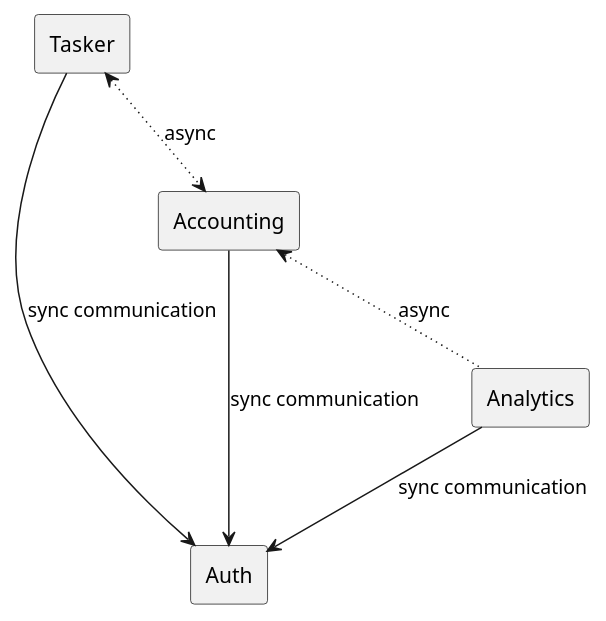
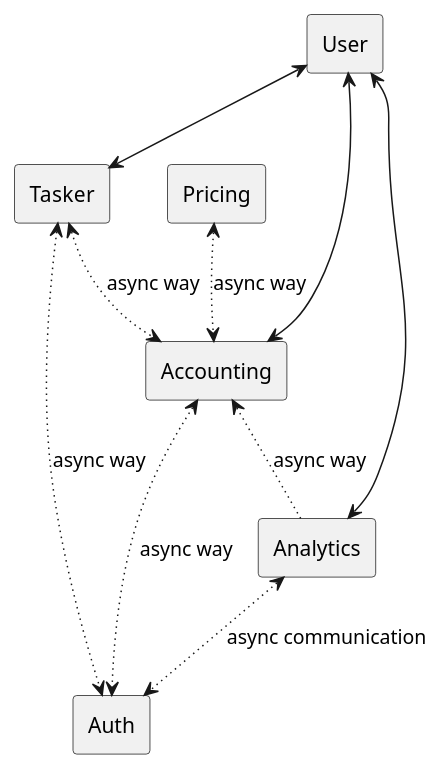
One commit to ximyro/async_architecture_course changed the diagram in docs/services.plantuml. Above: the diagram before and after it, drawn with PlantUML. The commit also changed 9 other files, not shown here.

Commit message:
Modify diagrams

```diff
--- a/docs/services.plantuml
+++ b/docs/services.plantuml
@@ -1,15 +1,21 @@
 @startuml Services
 rectangle Tasker
 rectangle Auth
 rectangle Accounting
 rectangle Analytics
+rectangle Pricing
+rectangle User
 
+User <--> Tasker
+User <--> Accounting
+User <--> Analytics
+Tasker <-[dotted]-> Auth : async way
+Accounting <-[dotted]-> Auth : async way
+Analytics <-[dotted]-> Auth : async communication
 
-Tasker --> Auth : sync communication
-Accounting --> Auth : sync communication
-Analytics --> Auth : sync communication
+Tasker <-[dotted]-> Accounting : async way
+Accounting <-[dotted]- Analytics : async way
 
-Tasker <-[dotted]-> Accounting : async
-Accounting <-[dotted]- Analytics : async
+Pricing <-[dotted]-> Accounting : async way
 
 @enduml
```
